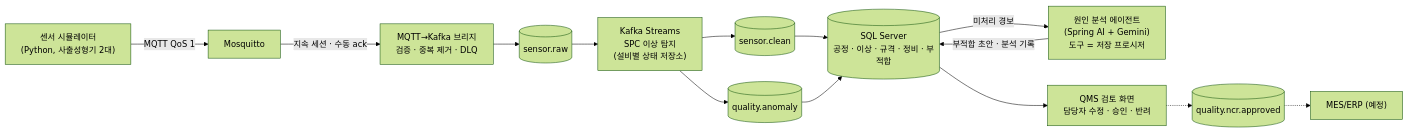
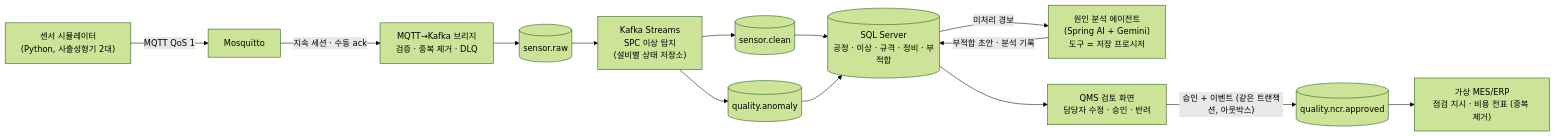
One commit to choiminjeong0623/qualiguard-agent changed the diagram in README.md. Above: the diagram before and after it, drawn with Mermaid (forest theme). The commit also changed other lines of this file and 14 other files, not shown here.

First line of the commit message:
feat(integration): 승인 결과를 트랜잭션 아웃박스로 MES/ERP 가상 수신에 전달 (F-09)

````diff
--- a/README.md
+++ b/README.md
@@ -37,15 +37,15 @@
 ```mermaid
 flowchart LR
     SIM["센서 시뮬레이터<br/>(Python, 사출성형기 2대)"] -- "MQTT QoS 1" --> MQ["Mosquitto"]
     MQ -- "지속 세션 · 수동 ack" --> BR["MQTT→Kafka 브리지<br/>검증 · 중복 제거 · DLQ"]
     BR --> RAW[("sensor.raw")]
     RAW --> SPC["Kafka Streams<br/>SPC 이상 탐지<br/>(설비별 상태 저장소)"]
     SPC --> CLEAN[("sensor.clean")]
     SPC --> ANO[("quality.anomaly")]
     CLEAN --> DB[("SQL Server<br/>공정 · 이상 · 규격 · 정비 · 부적합")]
     ANO --> DB
     DB -- "미처리 경보" --> AG["원인 분석 에이전트<br/>(Spring AI + Gemini)<br/>도구 = 저장 프로시저"]
     AG -- "부적합 초안 · 분석 기록" --> DB
     DB --> QMS["QMS 검토 화면<br/>담당자 수정 · 승인 · 반려"]
-    QMS -.-> APR[("quality.ncr.approved")] -.-> MES["MES/ERP (예정)"]
+    QMS -- "승인 + 이벤트 (같은 트랜잭션, 아웃박스)" --> APR[("quality.ncr.approved")] --> MES["가상 MES/ERP<br/>점검 지시 · 비용 전표 (중복 제거)"]
 ```
````
